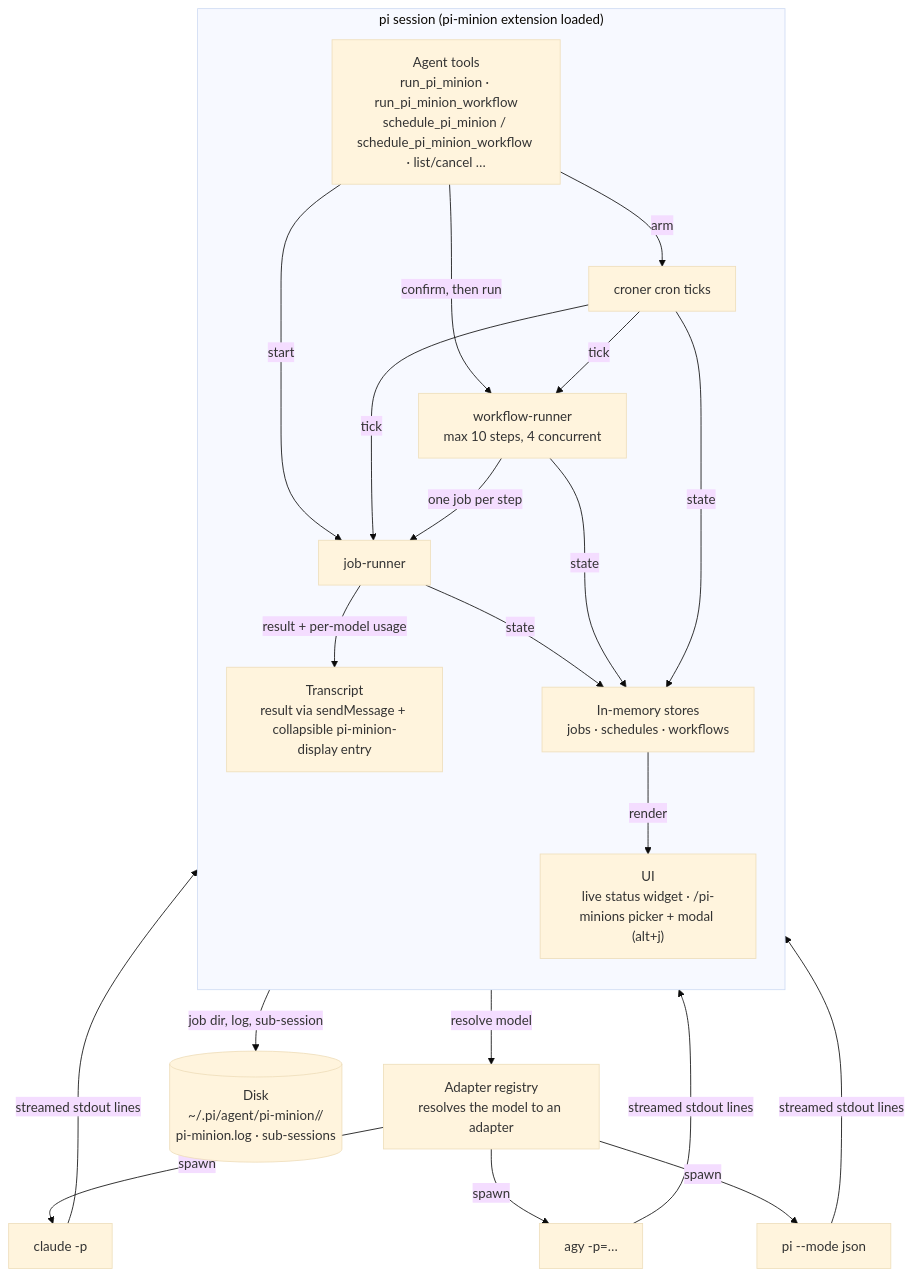
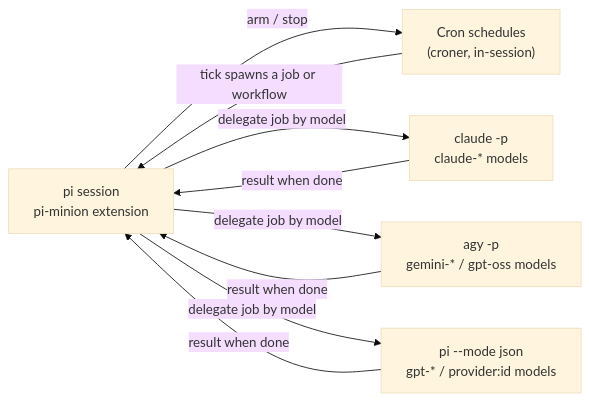
Before and after one commit to junkfactory/pi-minion: the diagram in README.md, drawn with Mermaid (base theme). The commit also changed other lines of this file, not shown here.

Commit message:
chore: Simply arch diagram

````diff
--- a/README.md
+++ b/README.md
@@ -12,41 +9,17 @@
 ```mermaid
-flowchart TB
-    subgraph session["pi session (pi-minion extension loaded)"]
-        direction TB
-        tools["Agent tools<br/>run_pi_minion · run_pi_minion_workflow<br/>schedule_pi_minion / schedule_pi_minion_workflow · list/cancel …"]
-        cron["croner cron ticks"]
-        workflow["workflow-runner<br/>max 10 steps, 4 concurrent"]
-        stores["In-memory stores<br/>jobs · schedules · workflows"]
-        runner["job-runner"]
-        ui["UI<br/>live status widget · /pi-minions picker + modal (alt+j)"]
-        transcript["Transcript<br/>result via sendMessage + collapsible pi-minion-display entry"]
-    end
+flowchart LR
+    pi["pi session<br/>pi-minion extension"]
+    sched["Cron schedules<br/>(croner, in-session)"]
+    claude["claude -p<br/>claude-* models"]
+    agy["agy -p<br/>gemini-* / gpt-oss models"]
+    piminion["pi --mode json<br/>gpt-* / provider:id models"]
 
-    adapters["Adapter registry<br/>resolves the model to an adapter"]
-
-    claude["claude -p"]
-    agy["agy -p=…"]
-    pi["pi --mode json"]
-
-    disk[("Disk<br/>~/.pi/agent/pi-minion/<job id>/<br/>pi-minion.log · sub-sessions")]
-
-    tools -->|start| runner
-    tools -->|confirm, then run| workflow
-    tools -->|arm| cron
-    cron -->|tick| runner
-    cron -->|tick| workflow
-    workflow -->|one job per step| runner
-    runner -->|resolve model| adapters
-    adapters -->|spawn| claude
-    adapters -->|spawn| agy
-    adapters -->|spawn| pi
-    claude -->|streamed stdout lines| runner
-    agy -->|streamed stdout lines| runner
-    pi -->|streamed stdout lines| runner
-    runner -->|result + per-model usage| transcript
-    runner -->|state| stores
-    workflow -->|state| stores
-    cron -->|state| stores
-    stores -->|render| ui
-    runner -->|"job dir, log, sub-session"| disk
+    pi -->|arm / stop| sched
+    sched -->|tick spawns a job or workflow| pi
+    pi -->|delegate job by model| claude
+    pi -->|delegate job by model| agy
+    pi -->|delegate job by model| piminion
+    claude -->|result when done| pi
+    agy -->|result when done| pi
+    piminion -->|result when done| pi
 ```
````
